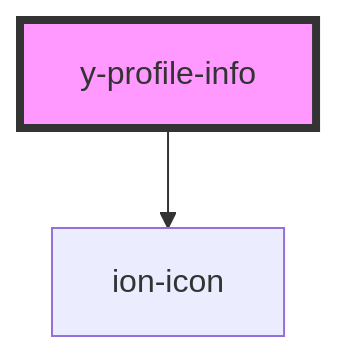
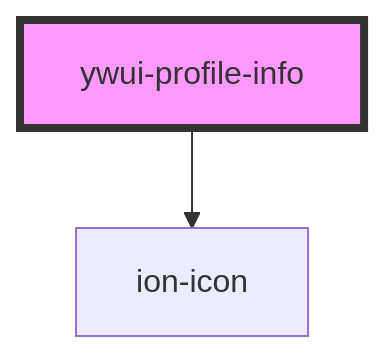
Before and after one commit to Miguel-Alejandro/youtube-widget-ui: the diagram in src/components/y-profile/readme.md, drawn with Mermaid. The commit also changed other lines of this file and 6 other files, not shown here.

Commit message:
fix: The components architecture and design were updated

````diff
--- a/src/components/y-profile/readme.md
+++ b/src/components/y-profile/readme.md
@@ -25,5 +24,5 @@
 ```mermaid
 graph TD;
-  y-profile-info --> ion-icon
-  style y-profile-info fill:#f9f,stroke:#333,stroke-width:4px
+  ywui-profile-info --> ion-icon
+  style ywui-profile-info fill:#f9f,stroke:#333,stroke-width:4px
 ```
````
